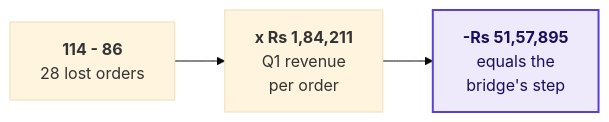
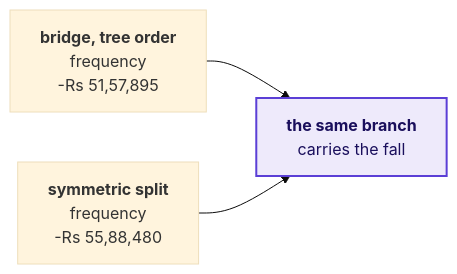
One commit to fde-academy-lab/c2-content-factory changed diagram 14 of 26 in content/W01/D2/slides/C2_W01_D02_half1_STUDENT.md. Above: the diagram before and after it, drawn with Mermaid (base theme). The commit also changed other lines of this file and 13 other files, not shown here.

````diff
--- a/content/W01/D2/slides/C2_W01_D02_half1_STUDENT.md
+++ b/content/W01/D2/slides/C2_W01_D02_half1_STUDENT.md
@@ -620,7 +622,7 @@
 ```mermaid
 flowchart LR
-    A["<b>114 - 86</b><br/>28 lost orders"] --> B["<b>x Rs 1,84,211</b><br/>Q1 revenue<br/>per order"]
-    B --> C["<b>-Rs 51,57,895</b><br/>equals the<br/>bridge's step"]
+    A["<b>bridge, tree order</b><br/>frequency<br/>-Rs 51,57,895"] --> C["<b>the same branch</b><br/>carries the fall"]
+    B["<b>symmetric split</b><br/>frequency<br/>-Rs 55,88,480"] --> C
     classDef known fill:#EEEAFB,stroke:#5B3FD6,color:#1A0F5C,stroke-width:2px
     class C known
 ```
````
